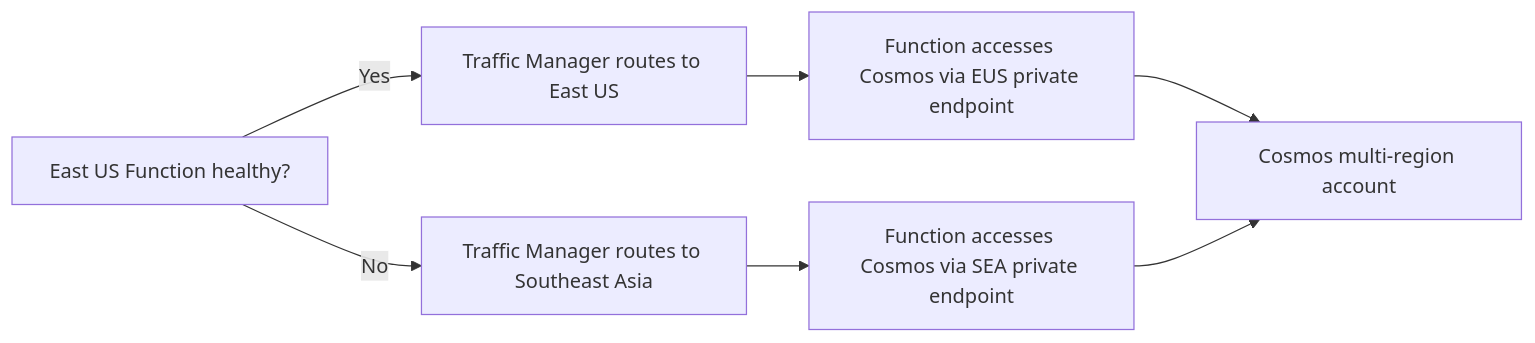
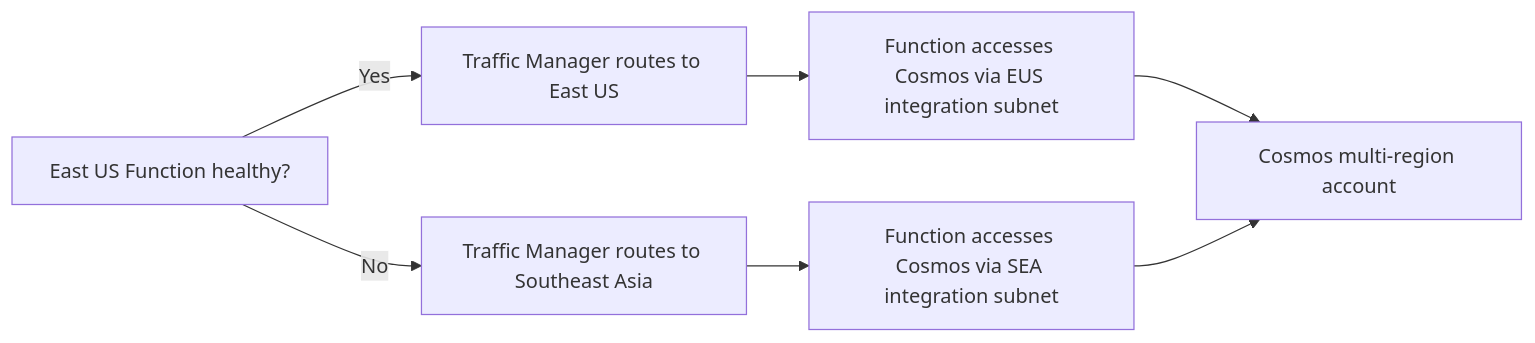
One commit to Mateus-Mannes/WriteFluency changed the third of 4 diagrams in infra/users-progress/ARCHITECTURE.md. Above: the diagram before and after it, drawn with Mermaid. The commit also changed other lines of this file and 5 other files, not shown here.

Commit message:
Migrate Cosmos networking to service endpoints and remove private endpoints

````diff
--- a/infra/users-progress/ARCHITECTURE.md
+++ b/infra/users-progress/ARCHITECTURE.md
@@ -97,9 +82,9 @@
 ```mermaid
 flowchart LR
   A[East US Function healthy?] -->|Yes| B[Traffic Manager routes to East US]
   A -->|No| C[Traffic Manager routes to Southeast Asia]
-  B --> D[Function accesses Cosmos via EUS private endpoint]
-  C --> E[Function accesses Cosmos via SEA private endpoint]
+  B --> D[Function accesses Cosmos via EUS integration subnet]
+  C --> E[Function accesses Cosmos via SEA integration subnet]
   D --> F[Cosmos multi-region account]
   E --> F
 ```
````
